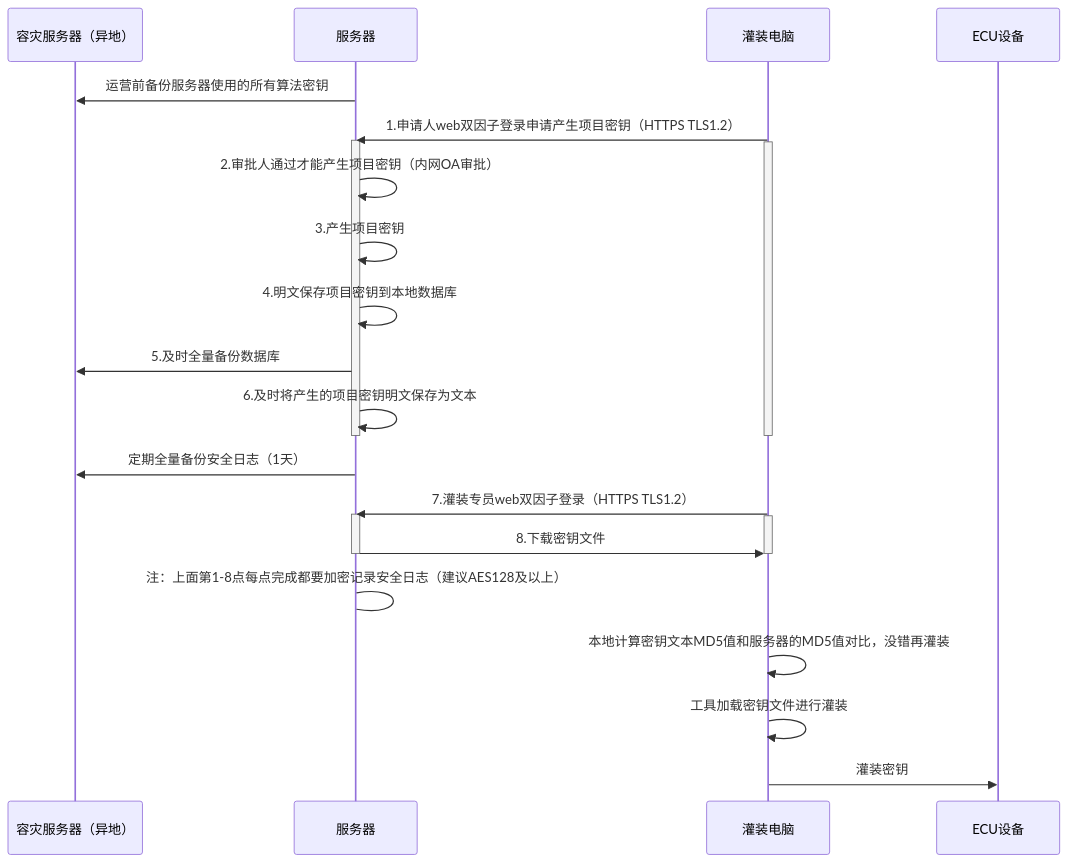
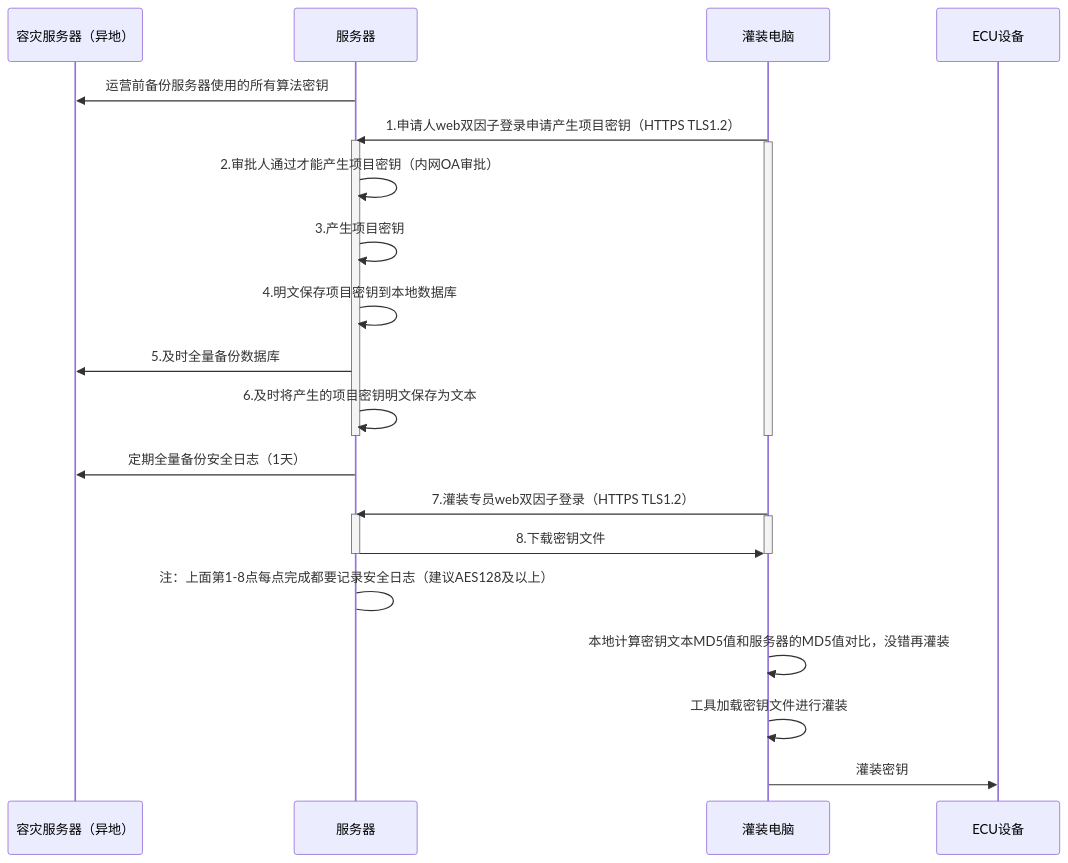
The diagram in all/未命名-17.md (facebook-cloud/iodraw-files), drawn with Mermaid before and after one commit.

Commit message:
2026-03-06 10:17:40 update

````diff
--- a/all/未命名-17.md
+++ b/all/未命名-17.md
@@ -1,34 +1,34 @@
 ```mermaid
 sequenceDiagram
     participant A as 容灾服务器（异地）
     participant B as 服务器
     participant D as 灌装电脑
     participant E as ECU设备
 
     B->>A: 运营前备份服务器使用的所有算法密钥
     D->>B: 1.申请人web双因子登录申请产生项目密钥（HTTPS TLS1.2）
     activate B
     activate D
     B->>B: 2.审批人通过才能产生项目密钥（内网OA审批）
     B->>B: 3.产生项目密钥
     B->>B: 4.明文保存项目密钥到本地数据库
     B->>A: 5.及时全量备份数据库
     B->>B: 6.及时将产生的项目密钥明文保存为文本
     deactivate B
     deactivate D
 
     B->>A: 定期全量备份安全日志（1天）
     
     D->>B: 7.灌装专员web双因子登录（HTTPS TLS1.2）
     activate B
     activate D
     B->>D: 8.下载密钥文件
     deactivate B
     deactivate D
-    B->B: 注：上面第1-8点每点完成都要加密记录安全日志（建议AES128及以上）
+    B->B: 注：上面第1-8点每点完成都要记录安全日志（建议AES128及以上）
 
     D->>D:本地计算密钥文本MD5值和服务器的MD5值对比，没错再灌装
     D->>D:工具加载密钥文件进行灌装
     
     D->>E: 灌装密钥
 ```
````
